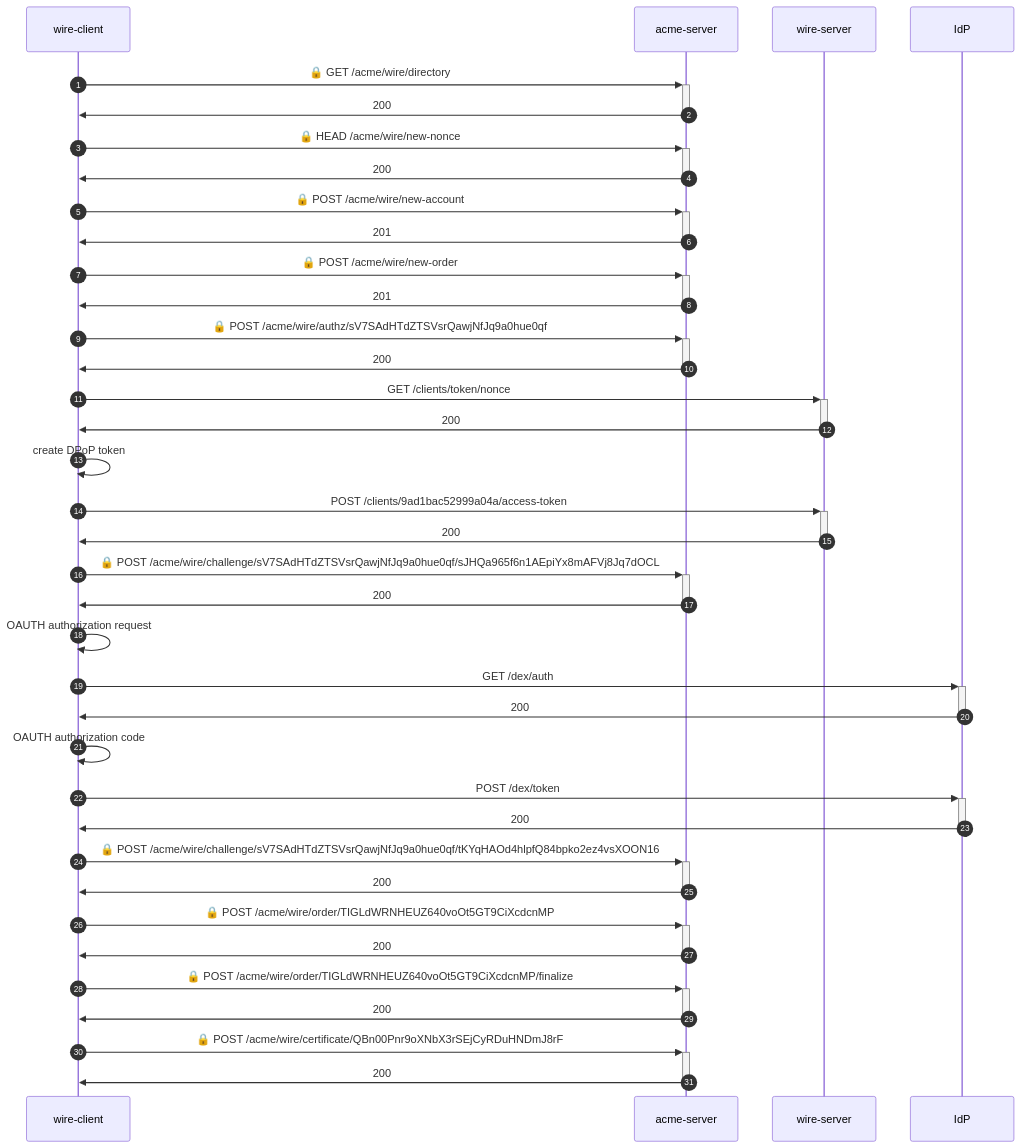
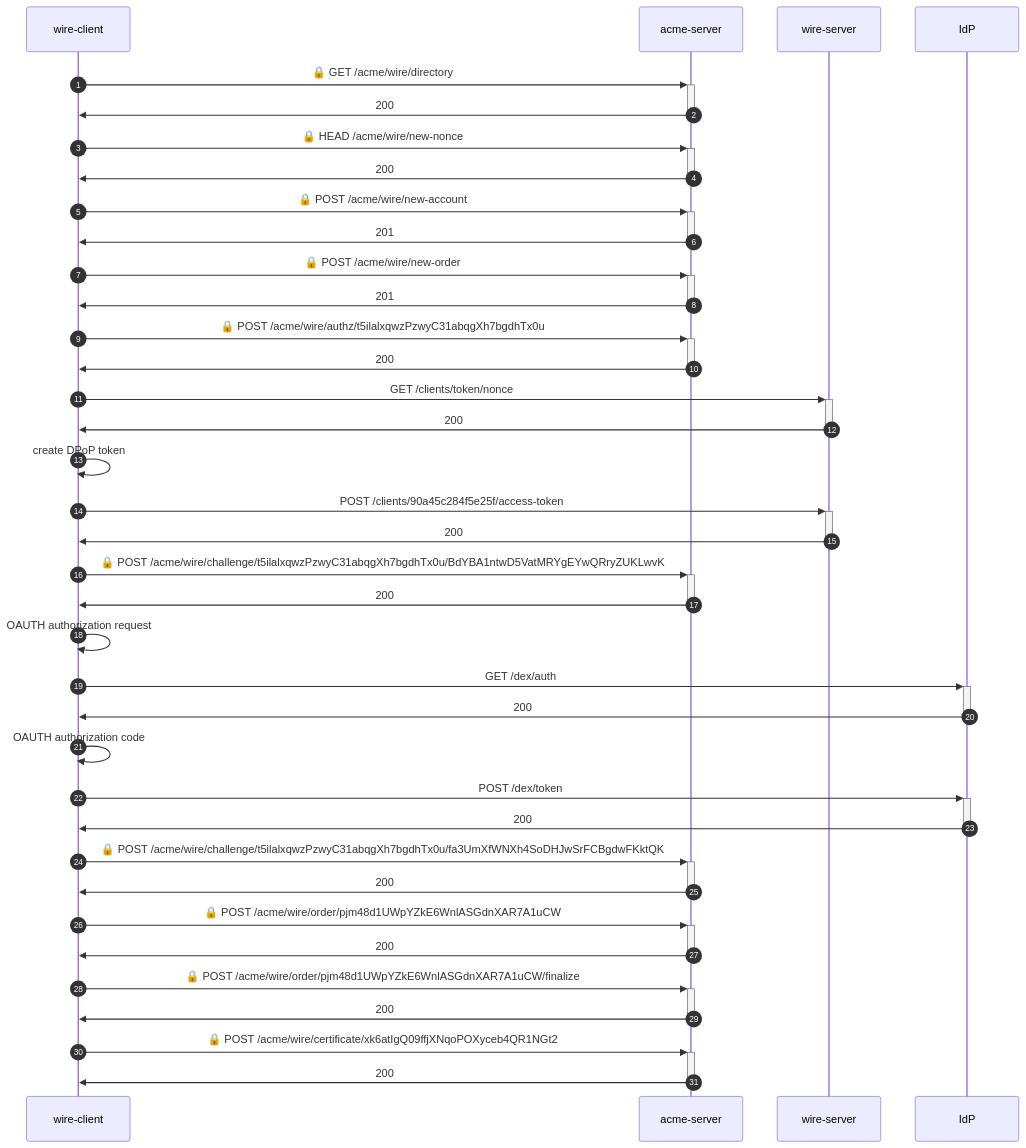
One commit to wireapp/rusty-jwt-tools changed the diagram in e2e-identity/README.md. Above: the diagram before and after it, drawn with Mermaid. The commit also changed other lines of this file and 8 other files, not shown here.

````diff
--- a/e2e-identity/README.md
+++ b/e2e-identity/README.md
@@ -3,35 +3,35 @@
 ```mermaid
 sequenceDiagram
     autonumber
     wire-client->>+acme-server: 🔒 GET /acme/wire/directory
     acme-server->>-wire-client: 200
     wire-client->>+acme-server: 🔒 HEAD /acme/wire/new-nonce
     acme-server->>-wire-client: 200
     wire-client->>+acme-server: 🔒 POST /acme/wire/new-account
     acme-server->>-wire-client: 201
     wire-client->>+acme-server: 🔒 POST /acme/wire/new-order
     acme-server->>-wire-client: 201
-    wire-client->>+acme-server: 🔒 POST /acme/wire/authz/sV7SAdHTdZTSVsrQawjNfJq9a0hue0qf
+    wire-client->>+acme-server: 🔒 POST /acme/wire/authz/t5ilalxqwzPzwyC31abqgXh7bgdhTx0u
     acme-server->>-wire-client: 200
     wire-client->>+wire-server:  GET /clients/token/nonce
     wire-server->>-wire-client: 200
     wire-client->>wire-client: create DPoP token
-    wire-client->>+wire-server:  POST /clients/9ad1bac52999a04a/access-token
+    wire-client->>+wire-server:  POST /clients/90a45c284f5e25f/access-token
     wire-server->>-wire-client: 200
-    wire-client->>+acme-server: 🔒 POST /acme/wire/challenge/sV7SAdHTdZTSVsrQawjNfJq9a0hue0qf/sJHQa965f6n1AEpiYx8mAFVj8Jq7dOCL
+    wire-client->>+acme-server: 🔒 POST /acme/wire/challenge/t5ilalxqwzPzwyC31abqgXh7bgdhTx0u/BdYBA1ntwD5VatMRYgEYwQRryZUKLwvK
     acme-server->>-wire-client: 200
     wire-client->>wire-client: OAUTH authorization request
     wire-client->>+IdP:  GET /dex/auth
     IdP->>-wire-client: 200
     wire-client->>wire-client: OAUTH authorization code
     wire-client->>+IdP:  POST /dex/token
     IdP->>-wire-client: 200
-    wire-client->>+acme-server: 🔒 POST /acme/wire/challenge/sV7SAdHTdZTSVsrQawjNfJq9a0hue0qf/tKYqHAOd4hlpfQ84bpko2ez4vsXOON16
+    wire-client->>+acme-server: 🔒 POST /acme/wire/challenge/t5ilalxqwzPzwyC31abqgXh7bgdhTx0u/fa3UmXfWNXh4SoDHJwSrFCBgdwFKktQK
     acme-server->>-wire-client: 200
-    wire-client->>+acme-server: 🔒 POST /acme/wire/order/TIGLdWRNHEUZ640voOt5GT9CiXcdcnMP
+    wire-client->>+acme-server: 🔒 POST /acme/wire/order/pjm48d1UWpYZkE6WnlASGdnXAR7A1uCW
     acme-server->>-wire-client: 200
-    wire-client->>+acme-server: 🔒 POST /acme/wire/order/TIGLdWRNHEUZ640voOt5GT9CiXcdcnMP/finalize
+    wire-client->>+acme-server: 🔒 POST /acme/wire/order/pjm48d1UWpYZkE6WnlASGdnXAR7A1uCW/finalize
     acme-server->>-wire-client: 200
-    wire-client->>+acme-server: 🔒 POST /acme/wire/certificate/QBn00Pnr9oXNbX3rSEjCyRDuHNDmJ8rF
+    wire-client->>+acme-server: 🔒 POST /acme/wire/certificate/xk6atIgQ09ffjXNqoPOXyceb4QR1NGt2
     acme-server->>-wire-client: 200
 ```
````
